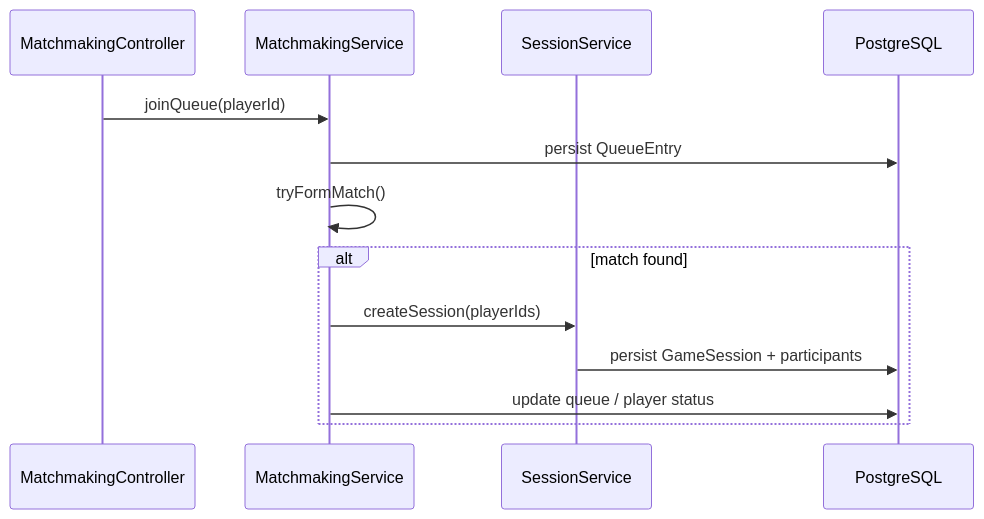
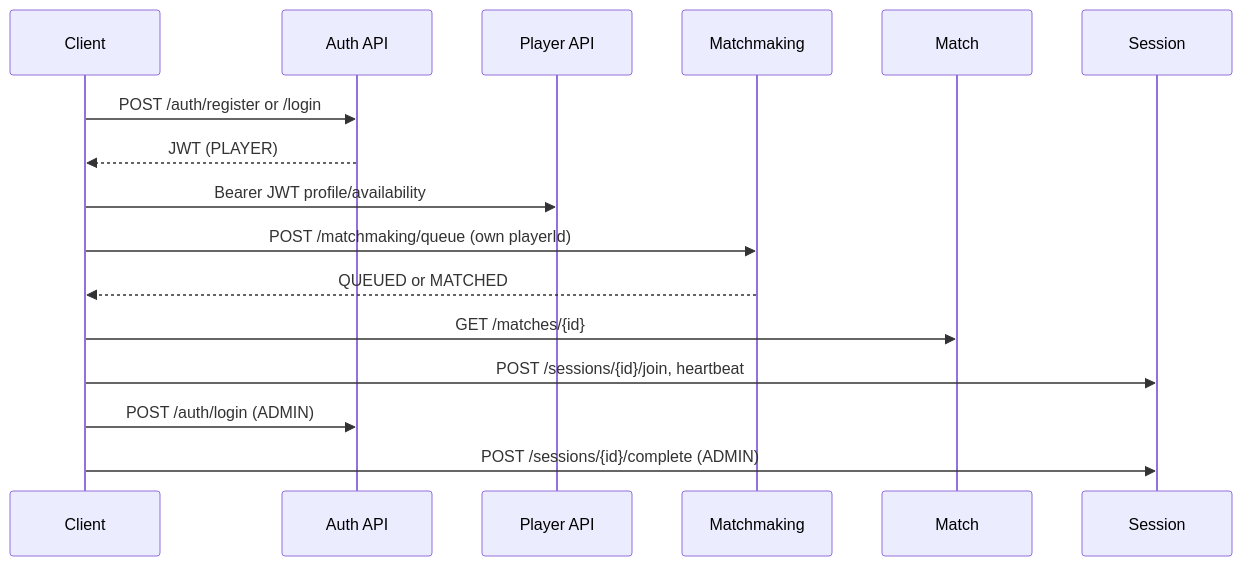
One commit to kakumanuharshithsubrahmanyam-wq/MatchForge changed the second of 2 diagrams in ARCHITECTURE.md. Above: the diagram before and after it, drawn with Mermaid. The commit also changed other lines of this file and 116 other files, not shown here.

````diff
--- a/ARCHITECTURE.md
+++ b/ARCHITECTURE.md
@@ -117,15 +69,18 @@
 ```mermaid
 sequenceDiagram
-  participant API as MatchmakingController
-  participant MM as MatchmakingService
-  participant SS as SessionService
-  participant DB as PostgreSQL
-  API->>MM: joinQueue(playerId)
-  MM->>DB: persist QueueEntry
-  MM->>MM: tryFormMatch()
-  alt match found
-    MM->>SS: createSession(playerIds)
-    SS->>DB: persist GameSession + participants
-    MM->>DB: update queue / player status
-  end
+  participant C as Client
+  participant A as Auth API
+  participant P as Player API
+  participant Q as Matchmaking
+  participant M as Match
+  participant S as Session
+  C->>A: POST /auth/register or /login
+  A-->>C: JWT (PLAYER)
+  C->>P: Bearer JWT profile/availability
+  C->>Q: POST /matchmaking/queue (own playerId)
+  Q-->>C: QUEUED or MATCHED
+  C->>M: GET /matches/{id}
+  C->>S: POST /sessions/{id}/join, heartbeat
+  C->>A: POST /auth/login (ADMIN)
+  C->>S: POST /sessions/{id}/complete (ADMIN)
 ```
````
